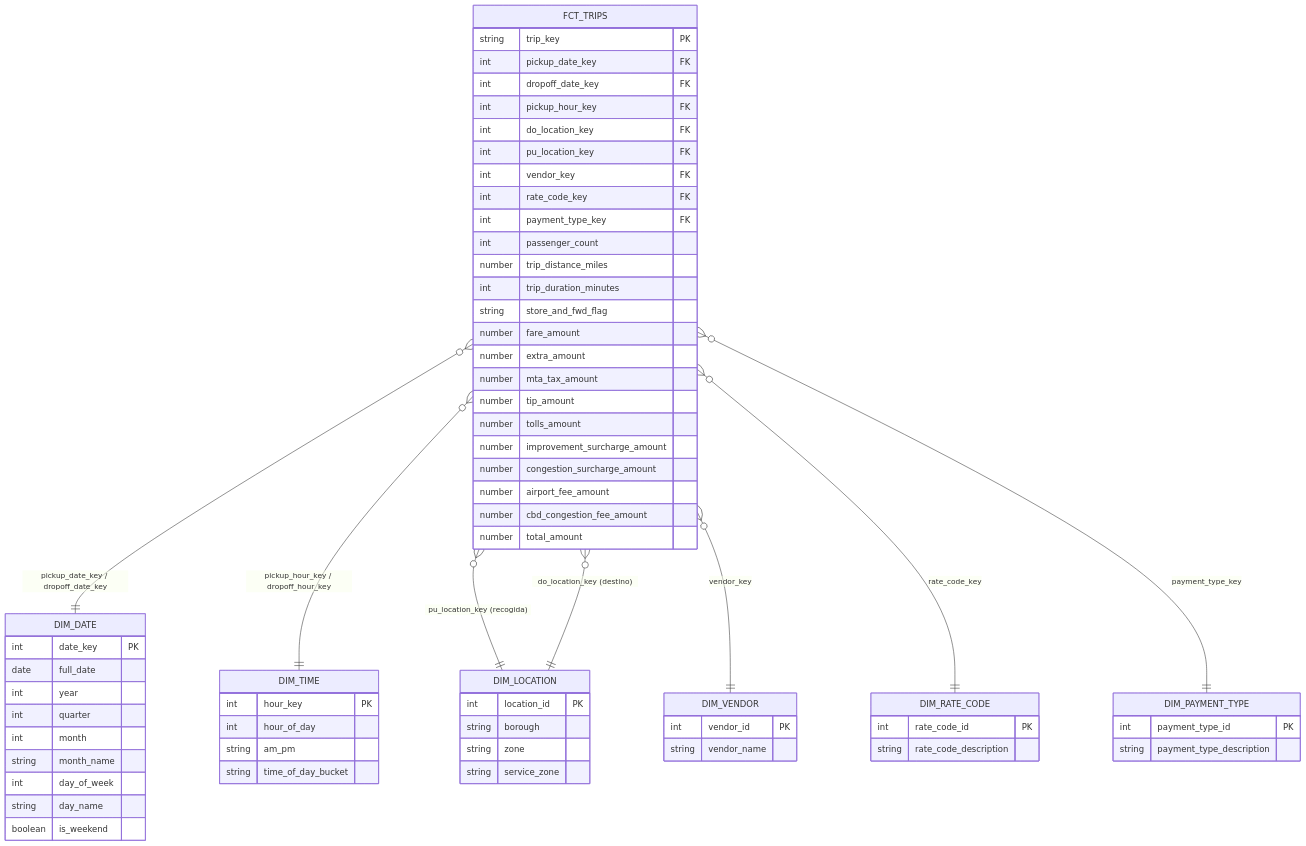
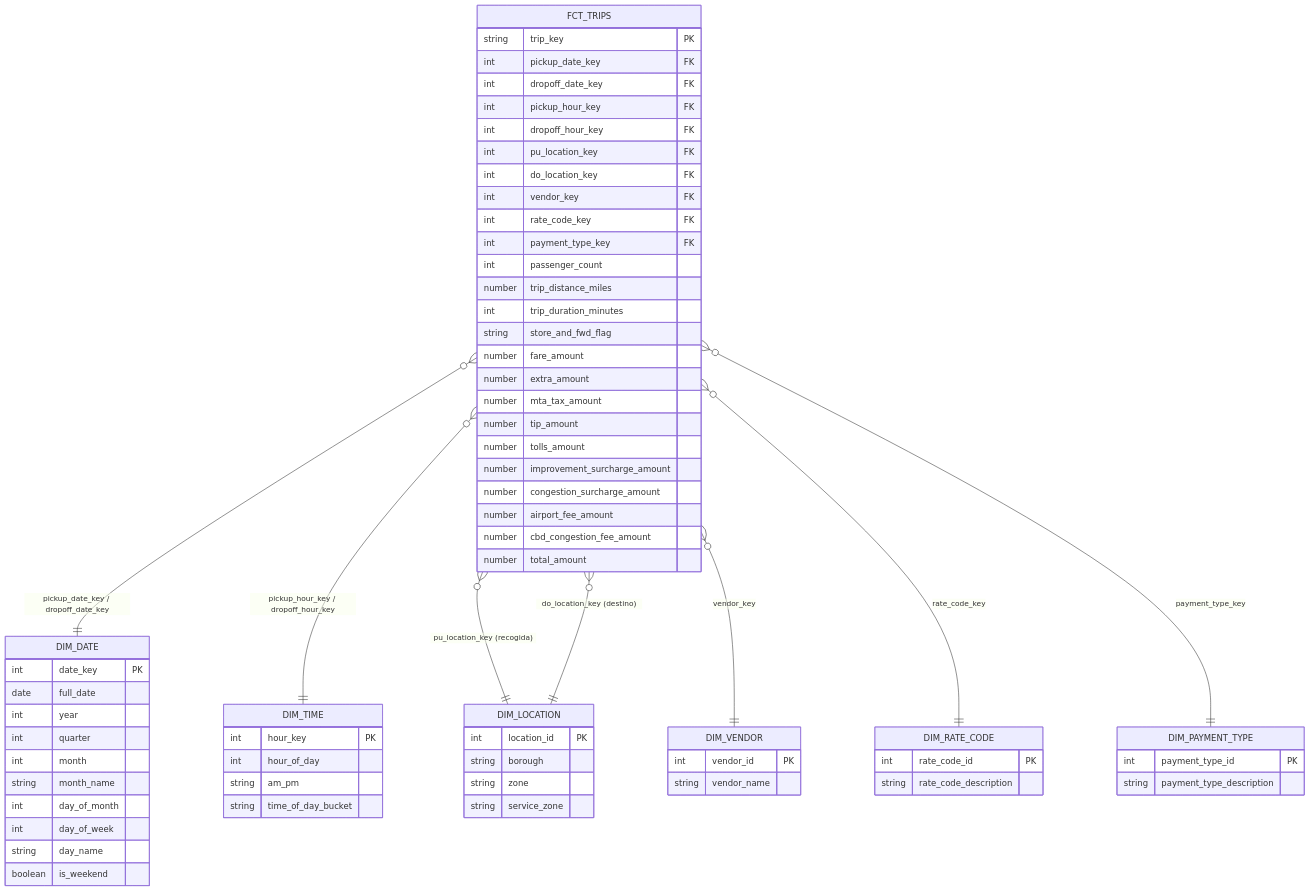
The diagram in laboratorios/semana-07/diagrams/star_schema.md (yahashuaPP/Ciencia-de-Datos), drawn with Mermaid before and after one commit. The commit also changed 13 other files, not shown here.

````diff
--- a/laboratorios/semana-07/diagrams/star_schema.md
+++ b/laboratorios/semana-07/diagrams/star_schema.md
@@ -7,77 +7,79 @@
 ```mermaid
 erDiagram
     FCT_TRIPS }o--|| DIM_DATE       : "pickup_date_key / dropoff_date_key"
     FCT_TRIPS }o--|| DIM_TIME       : "pickup_hour_key / dropoff_hour_key"
     FCT_TRIPS }o--|| DIM_LOCATION   : "pu_location_key (recogida)"
     FCT_TRIPS }o--|| DIM_LOCATION   : "do_location_key (destino)"
     FCT_TRIPS }o--|| DIM_VENDOR     : "vendor_key"
     FCT_TRIPS }o--|| DIM_RATE_CODE  : "rate_code_key"
     FCT_TRIPS }o--|| DIM_PAYMENT_TYPE : "payment_type_key"
 
     FCT_TRIPS {
         string trip_key PK
         int pickup_date_key FK
         int dropoff_date_key FK
         int pickup_hour_key FK
+        int dropoff_hour_key FK
+        int pu_location_key FK
         int do_location_key FK
-        int pu_location_key FK
         int vendor_key FK
         int rate_code_key FK
         int payment_type_key FK
         int passenger_count
         number trip_distance_miles
         int trip_duration_minutes
         string store_and_fwd_flag
         number fare_amount
         number extra_amount
         number mta_tax_amount
         number tip_amount
         number tolls_amount
         number improvement_surcharge_amount
         number congestion_surcharge_amount
         number airport_fee_amount
         number cbd_congestion_fee_amount
         number total_amount
     }
 
     DIM_DATE {
         int date_key PK
         date full_date
         int year
         int quarter
         int month
         string month_name
+        int day_of_month
         int day_of_week
         string day_name
         boolean is_weekend
     }
 
     DIM_TIME {
         int hour_key PK
         int hour_of_day
         string am_pm
         string time_of_day_bucket
     }
 
     DIM_LOCATION {
         int location_id PK
         string borough
         string zone
         string service_zone
     }
 
     DIM_VENDOR {
         int vendor_id PK
         string vendor_name
     }
 
     DIM_RATE_CODE {
         int rate_code_id PK
         string rate_code_description
     }
 
     DIM_PAYMENT_TYPE {
         int payment_type_id PK
         string payment_type_description
     }
 ```
````
